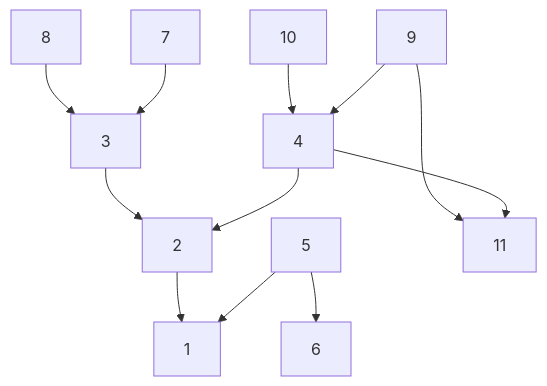
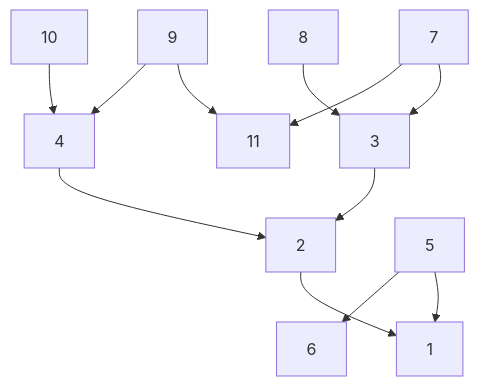
The first of 5 diagrams in JuliaBUGS/docs/src/source_gen.md (TuringLang/JuliaBUGS.jl), drawn with Mermaid before and after one commit. The commit also changed other lines of this file and 5 other files, not shown here.

````diff
--- a/JuliaBUGS/docs/src/source_gen.md
+++ b/JuliaBUGS/docs/src/source_gen.md
@@ -119,14 +119,14 @@
 ```mermaid
 flowchart TB
     8 --> 3
     7 --> 3
     10 --> 4
     9 --> 11
     9 --> 4
-    4 --> 11
+    7 --> 11
     3 --> 2
     4 --> 2
     2 --> 1
     5 --> 1
     5 --> 6
 ```
````
